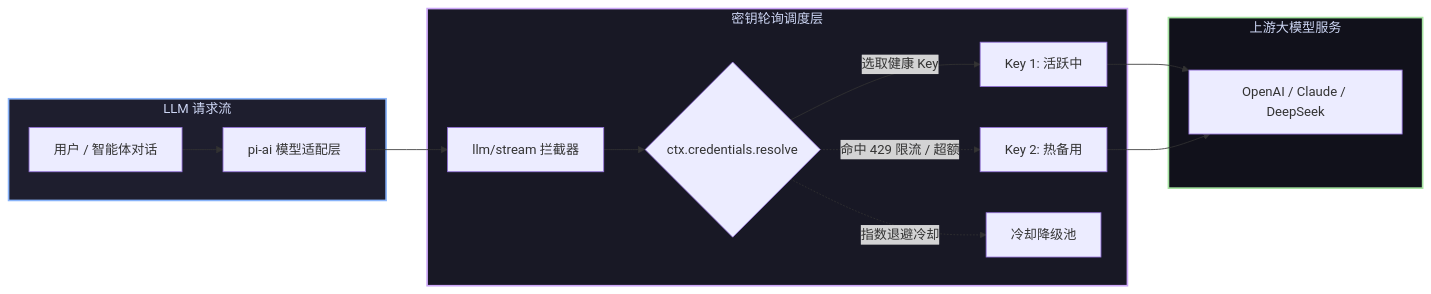
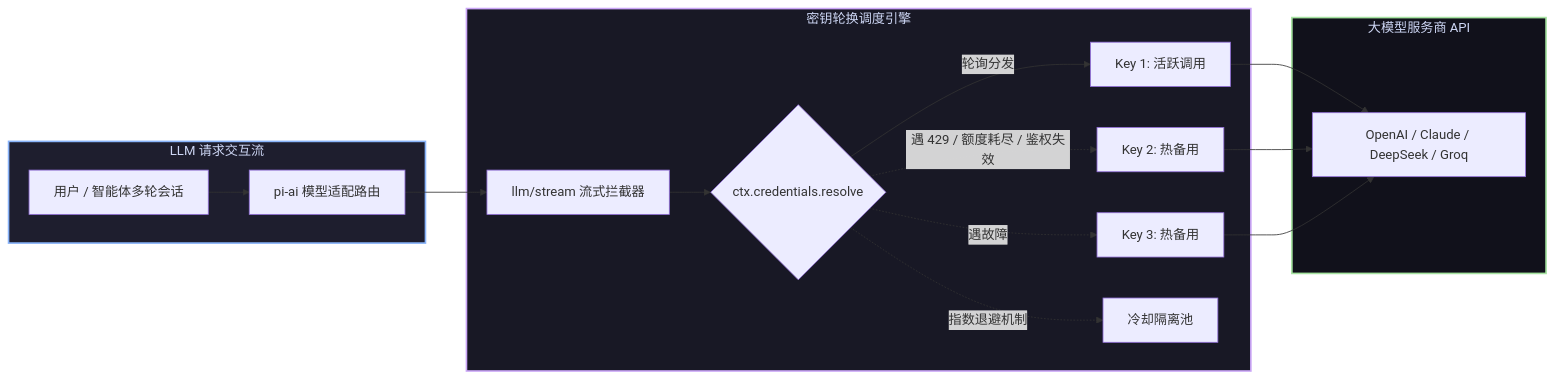
One commit to GooDAnDReaDY/dsh-key-rotation changed the diagram in README.zh.md. Above: the diagram before and after it, drawn with Mermaid. The commit also changed other lines of this file and 2 other files, not shown here.

Commit message:
docs: expand dsh-key-rotation with full 20+ feature breakdown, security architecture & rich tables

````diff
--- a/README.zh.md
+++ b/README.zh.md
@@ -28,23 +30,25 @@
 ```mermaid
 graph LR
-    subgraph Incoming [LLM 请求流]
-        Req[用户 / 智能体对话] --> Adapter[pi-ai 模型适配层]
+    subgraph Incoming [LLM 请求交互流]
+        User[用户 / 智能体多轮会话] --> Adapter[pi-ai 模型适配路由]
     end
 
-    subgraph Rotation [密钥轮询调度层]
-        Adapter --> Interceptor[llm/stream 拦截器]
-        Interceptor --> Resolve{ctx.credentials.resolve}
-        Resolve -->|选取健康 Key| K1[Key 1: 活跃中]
-        Resolve -.->|命中 429 限流 / 超额| K2[Key 2: 热备用]
-        Resolve -.->|指数退避冷却| Cooldown[冷却降级池]
+    subgraph Interception [密钥轮换调度引擎]
+        Adapter --> Hook[llm/stream 流式拦截器]
+        Hook --> Resolver{ctx.credentials.resolve}
+        Resolver -->|轮询分发| K1[Key 1: 活跃调用]
+        Resolver -.->|遇 429 / 额度耗尽 / 鉴权失效| K2[Key 2: 热备用]
+        Resolver -.->|遇故障| K3[Key 3: 热备用]
+        Resolver -.->|指数退避机制| CooldownPool[冷却隔离池]
     end
 
-    subgraph Providers [上游大模型服务]
-        K1 --> API[OpenAI / Claude / DeepSeek]
-        K2 --> API
+    subgraph Upstream [大模型服务商 API]
+        K1 --> ProviderAPI[OpenAI / Claude / DeepSeek / Groq]
+        K2 --> ProviderAPI
+        K3 --> ProviderAPI
     end
 
     style Incoming fill:#1e1e2e,stroke:#89b4fa,stroke-width:2px,color:#cdd6f4
-    style Rotation fill:#181825,stroke:#cba6f7,stroke-width:2px,color:#cdd6f4
-    style Providers fill:#11111b,stroke:#a6e3a1,stroke-width:2px,color:#cdd6f4
+    style Interception fill:#181825,stroke:#cba6f7,stroke-width:2px,color:#cdd6f4
+    style Upstream fill:#11111b,stroke:#a6e3a1,stroke-width:2px,color:#cdd6f4
 ```
````
